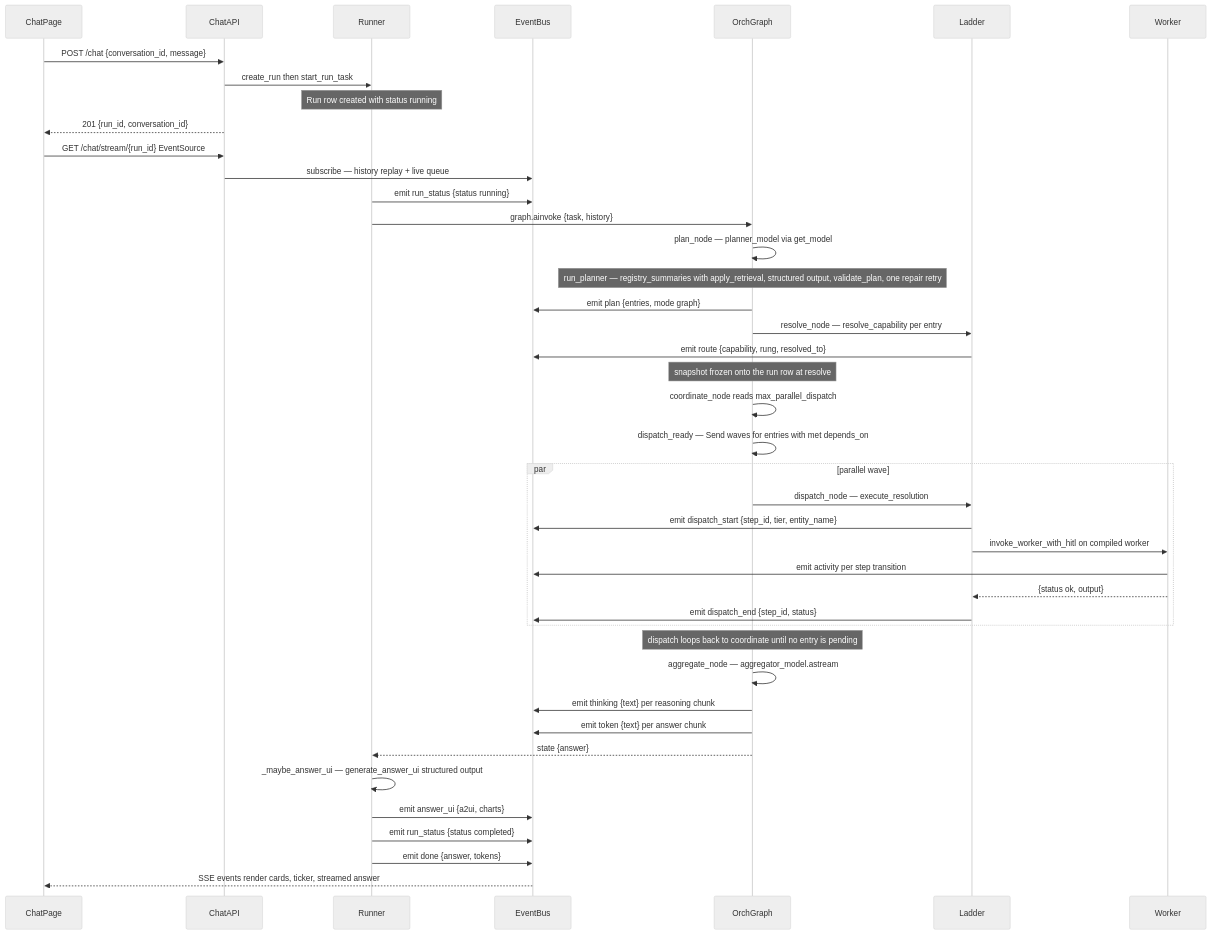
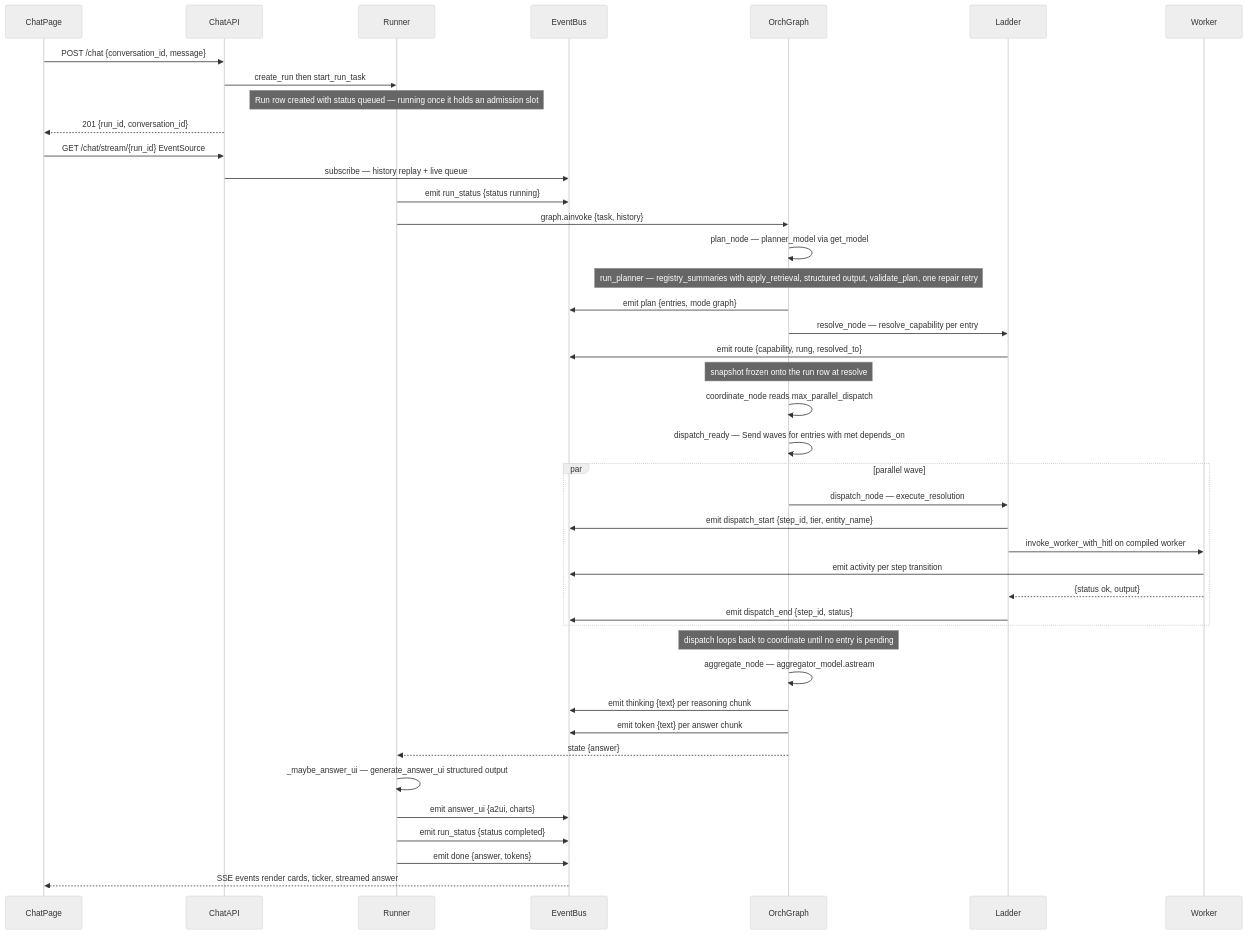
Before and after one commit to maheshyaddanapudi/concierge-agent: the first of 5 diagrams in docs/architecture/runtime-flows.md, drawn with Mermaid (neutral theme). The commit also changed other lines of this file and 133 other files, not shown here.

````diff
--- a/docs/architecture/runtime-flows.md
+++ b/docs/architecture/runtime-flows.md
@@ -17,50 +17,50 @@
 ```mermaid
 sequenceDiagram
     participant UI as ChatPage
     participant API as ChatAPI
     participant Runner
     participant Bus as EventBus
     participant Graph as OrchGraph
     participant Ladder
     participant Worker
 
     UI->>API: POST /chat {conversation_id, message}
     API->>Runner: create_run then start_run_task
-    Note over Runner: Run row created with status running
+    Note over Runner: Run row created with status queued — running once it holds an admission slot
     API-->>UI: 201 {run_id, conversation_id}
     UI->>API: GET /chat/stream/{run_id} EventSource
     API->>Bus: subscribe — history replay + live queue
     Runner->>Bus: emit run_status {status running}
     Runner->>Graph: graph.ainvoke {task, history}
 
     Graph->>Graph: plan_node — planner_model via get_model
     Note over Graph: run_planner — registry_summaries with apply_retrieval, structured output, validate_plan, one repair retry
     Graph->>Bus: emit plan {entries, mode graph}
 
     Graph->>Ladder: resolve_node — resolve_capability per entry
     Ladder->>Bus: emit route {capability, rung, resolved_to}
     Note over Graph: snapshot frozen onto the run row at resolve
 
     Graph->>Graph: coordinate_node reads max_parallel_dispatch
     Graph->>Graph: dispatch_ready — Send waves for entries with met depends_on
     par parallel wave
         Graph->>Ladder: dispatch_node — execute_resolution
         Ladder->>Bus: emit dispatch_start {step_id, tier, entity_name}
         Ladder->>Worker: invoke_worker_with_hitl on compiled worker
         Worker->>Bus: emit activity per step transition
         Worker-->>Ladder: {status ok, output}
         Ladder->>Bus: emit dispatch_end {step_id, status}
     end
     Note over Graph: dispatch loops back to coordinate until no entry is pending
 
     Graph->>Graph: aggregate_node — aggregator_model.astream
     Graph->>Bus: emit thinking {text} per reasoning chunk
     Graph->>Bus: emit token {text} per answer chunk
     Graph-->>Runner: state {answer}
 
     Runner->>Runner: _maybe_answer_ui — generate_answer_ui structured output
     Runner->>Bus: emit answer_ui {a2ui, charts}
     Runner->>Bus: emit run_status {status completed}
     Runner->>Bus: emit done {answer, tokens}
     Bus-->>UI: SSE events render cards, ticker, streamed answer
 ```
````
